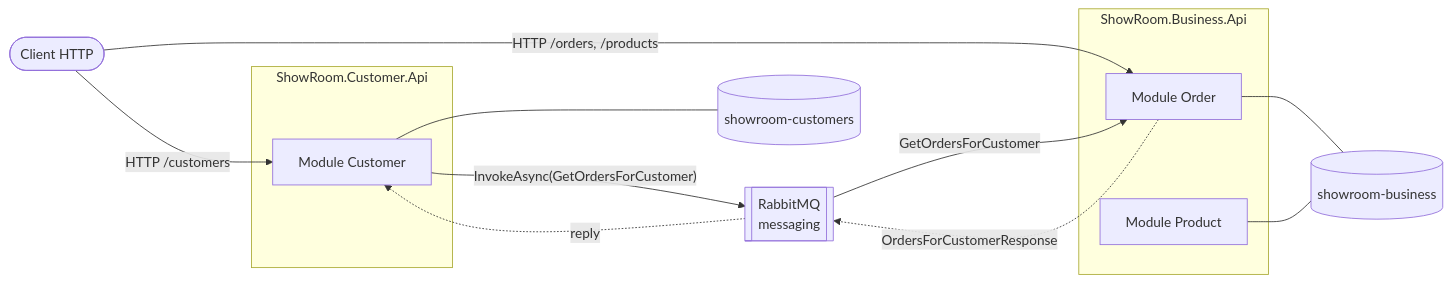
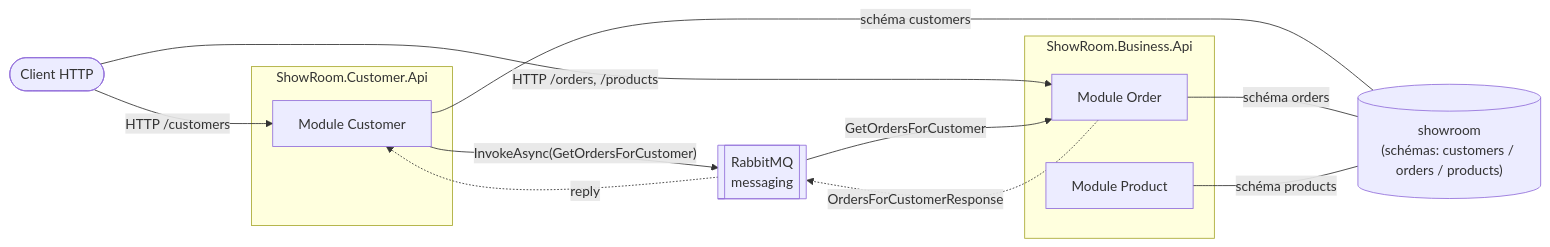
Before and after one commit to oliviermalea/pops-showroom: the diagram in README.md, drawn with Mermaid. The commit also changed other lines of this file and 12 other files, not shown here.

````diff
--- a/README.md
+++ b/README.md
@@ -35,28 +37,27 @@
 ```mermaid
 flowchart LR
     client([Client HTTP])
 
     subgraph customer[ShowRoom.Customer.Api]
         cust[Module Customer]
     end
     subgraph business[ShowRoom.Business.Api]
         ord[Module Order]
         prod[Module Product]
     end
 
     rabbit[[RabbitMQ<br/>messaging]]
-    cdb[(showroom-customers)]
-    bdb[(showroom-business)]
+    db[("showroom<br/>(schémas: customers / orders / products)")]
 
     client -->|HTTP /customers| cust
     client -->|HTTP /orders, /products| ord
 
     cust -->|"InvokeAsync(GetOrdersForCustomer)"| rabbit
     rabbit -->|GetOrdersForCustomer| ord
     ord -.->|OrdersForCustomerResponse| rabbit
     rabbit -.->|reply| cust
 
-    cust --- cdb
-    ord --- bdb
-    prod --- bdb
+    cust ---|schéma customers| db
+    ord ---|schéma orders| db
+    prod ---|schéma products| db
 ```
````
